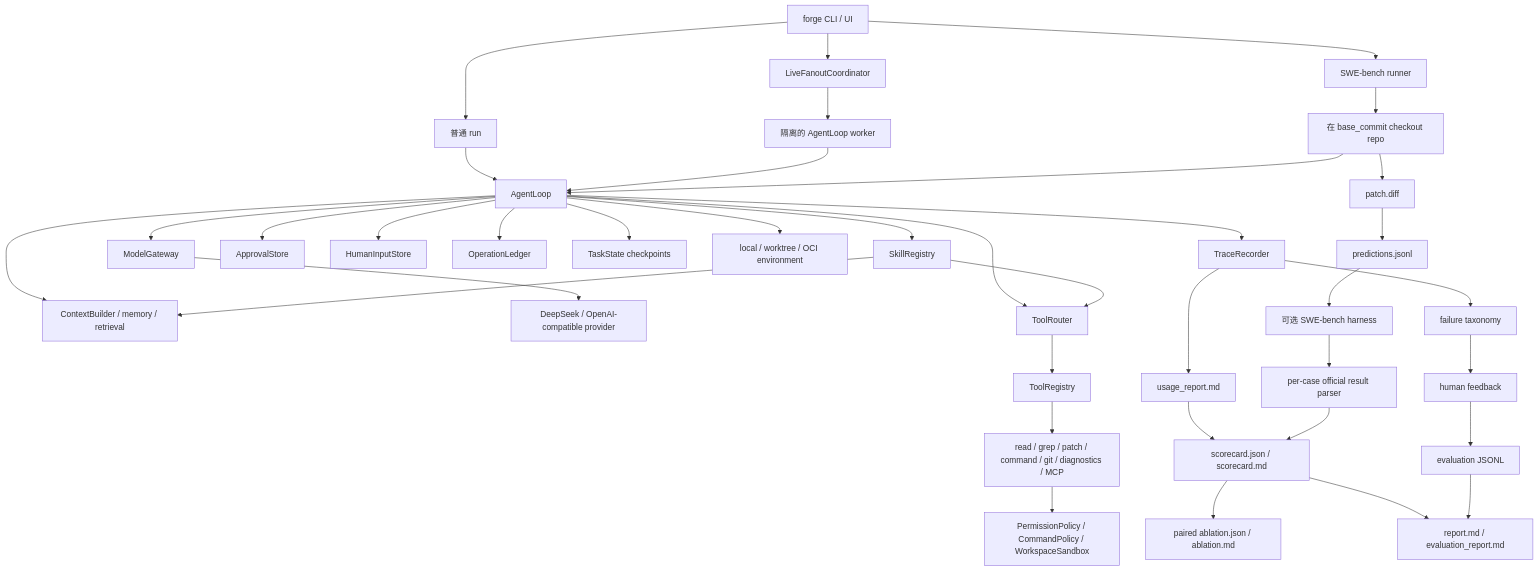
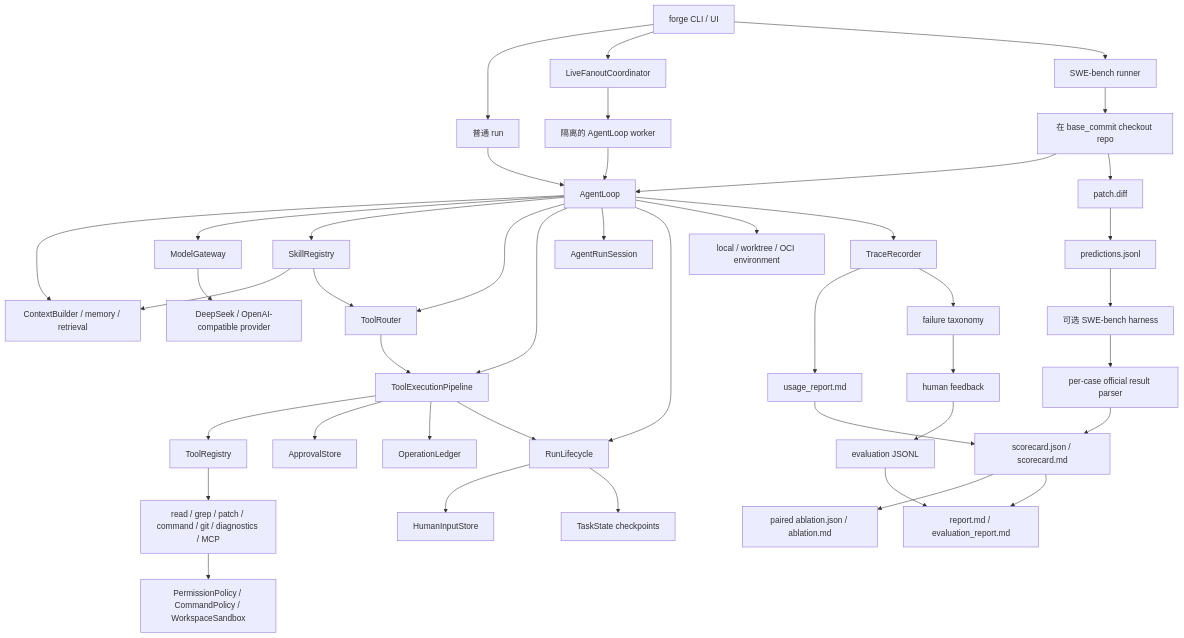
Before and after one commit to semi-hollow/NanoHarness: the diagram in README.md, drawn with Mermaid. The commit also changed other lines of this file and 24 other files, not shown here.

````diff
--- a/README.md
+++ b/README.md
@@ -271,40 +271,45 @@
 ```mermaid
 flowchart TD
     CLI["forge CLI / UI"] --> Run["普通 run"]
     CLI --> Fanout["LiveFanoutCoordinator"]
     CLI --> Bench["SWE-bench runner"]
     Bench --> Checkout["在 base_commit checkout repo"]
     Run --> Loop["AgentLoop"]
     Fanout --> Worker["隔离的 AgentLoop worker"]
     Worker --> Loop
     Checkout --> Loop
     Loop --> Context["ContextBuilder / memory / retrieval"]
     Loop --> Gateway["ModelGateway"]
     Gateway --> LLM["DeepSeek / OpenAI-compatible provider"]
     Loop --> Skills["SkillRegistry"]
     Loop --> Router["ToolRouter"]
+    Loop --> Pipeline["ToolExecutionPipeline"]
+    Loop --> Session["AgentRunSession"]
     Skills --> Context
     Skills --> Router
-    Router --> Registry["ToolRegistry"]
+    Router --> Pipeline
+    Pipeline --> Registry["ToolRegistry"]
     Registry --> Tools["read / grep / patch / command / git / diagnostics / MCP"]
     Tools --> Safety["PermissionPolicy / CommandPolicy / WorkspaceSandbox"]
-    Loop --> Approval["ApprovalStore"]
-    Loop --> Human["HumanInputStore"]
-    Loop --> Ledger["OperationLedger"]
-    Loop --> State["TaskState checkpoints"]
+    Pipeline --> Approval["ApprovalStore"]
+    Pipeline --> Ledger["OperationLedger"]
+    Loop --> Lifecycle["RunLifecycle"]
+    Pipeline --> Lifecycle
+    Lifecycle --> Human["HumanInputStore"]
+    Lifecycle --> State["TaskState checkpoints"]
     Loop --> Environment["local / worktree / OCI environment"]
     Loop --> Trace["TraceRecorder"]
     Trace --> Usage["usage_report.md"]
     Trace --> Diagnosis["failure taxonomy"]
     Diagnosis --> Feedback["human feedback"]
     Feedback --> Dataset["evaluation JSONL"]
     Checkout --> Patch["patch.diff"]
     Patch --> Predictions["predictions.jsonl"]
     Predictions --> Official["可选 SWE-bench harness"]
     Official --> Parser["per-case official result parser"]
     Usage --> Scorecard["scorecard.json / scorecard.md"]
     Parser --> Scorecard
     Scorecard --> Ablation["paired ablation.json / ablation.md"]
     Scorecard --> Report["report.md / evaluation_report.md"]
     Dataset --> Report
 ```
````
